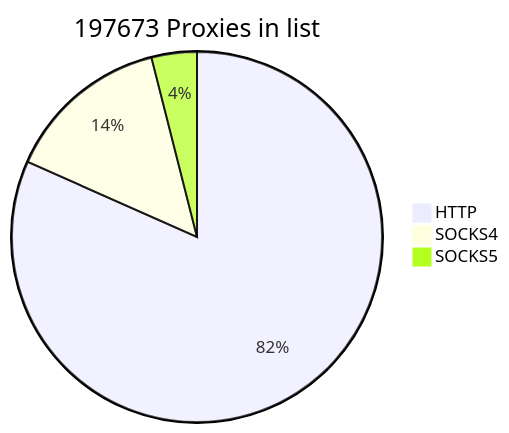
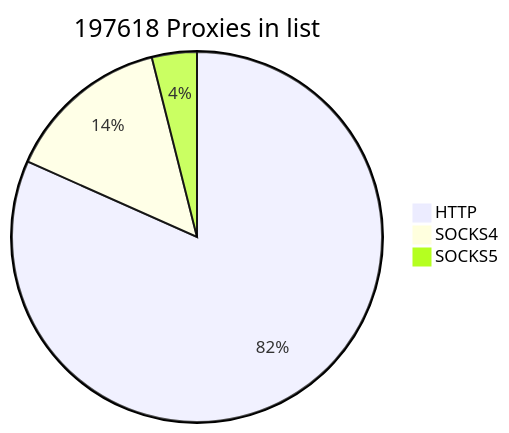
One commit to cutipu/proxylist changed the first of 2 diagrams in README.md. Above: the diagram before and after it, drawn with Mermaid. The commit also changed other lines of this file, not shown here.

````diff
--- a/README.md
+++ b/README.md
@@ -2,7 +2,7 @@
 ```mermaid
-pie title 197673 Proxies in list
-    "HTTP" : 161404
-    "SOCKS4" : 28451
-    "SOCKS5" : 7818
+pie title 197618 Proxies in list
+    "HTTP" : 161405
+    "SOCKS4" : 28452
+    "SOCKS5" : 7761
             
 ```
````
